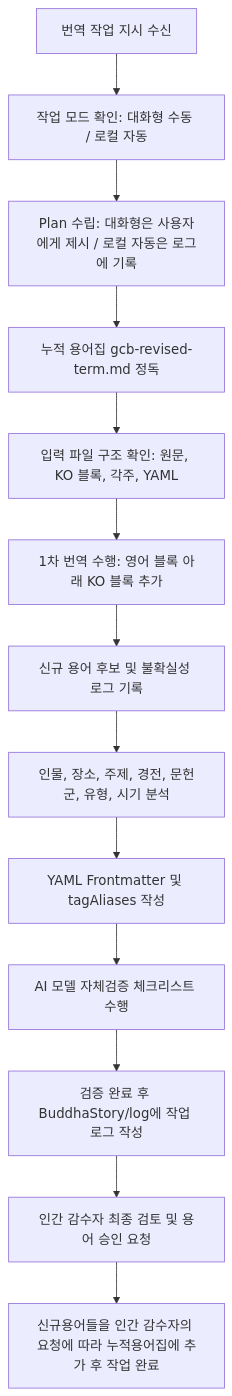
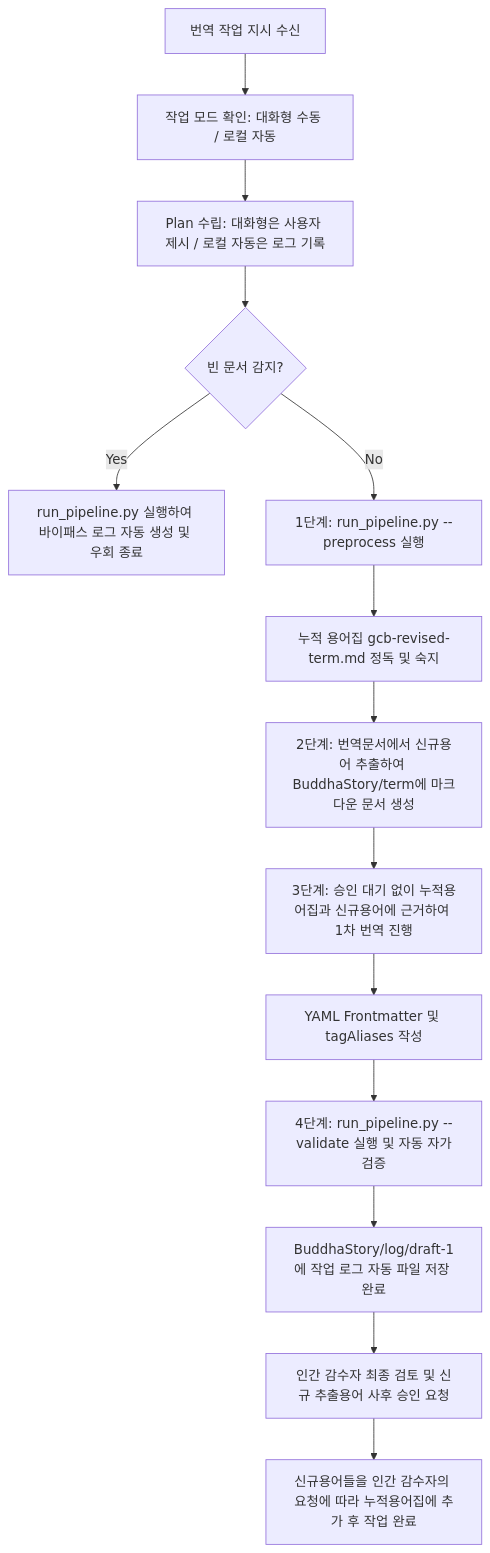
The first of 2 diagrams in ol-project-data/OL-CONTENTS/BuddhaStory/translation-agent-manual.md (biwoom/ol-assets), drawn with Mermaid before and after one commit. The commit also changed other lines of this file and 41 other files, not shown here.

Commit message:
ADD:buddha-story workflow

````diff
--- a/ol-project-data/OL-CONTENTS/BuddhaStory/translation-agent-manual.md
+++ b/ol-project-data/OL-CONTENTS/BuddhaStory/translation-agent-manual.md
@@ -453,15 +485,16 @@
 ```mermaid
 graph TD
     A[번역 작업 지시 수신] --> B[작업 모드 확인: 대화형 수동 / 로컬 자동]
-    B --> C[Plan 수립: 대화형은 사용자에게 제시 / 로컬 자동은 로그에 기록]
-    C --> D[누적 용어집 gcb-revised-term.md 정독]
-    D --> E[입력 파일 구조 확인: 원문, KO 블록, 각주, YAML]
-    E --> F[1차 번역 수행: 영어 블록 아래 KO 블록 추가]
-    F --> G[신규 용어 후보 및 불확실성 로그 기록]
-    G --> H[인물, 장소, 주제, 경전, 문헌군, 유형, 시기 분석]
-    H --> I[YAML Frontmatter 및 tagAliases 작성]
-    I --> J[AI 모델 자체검증 체크리스트 수행]
-    J --> K[검증 완료 후 BuddhaStory/log에 작업 로그 작성]
-    K --> L[인간 감수자 최종 검토 및 용어 승인 요청]
-    L --> M[신규용어들을 인간 감수자의 요청에 따라 누적용어집에 추가 후 작업 완료]
+    B --> C[Plan 수립: 대화형은 사용자 제시 / 로컬 자동은 로그 기록]
+    C --> D{빈 문서 감지?}
+    D -- Yes --> E[run_pipeline.py 실행하여 바이패스 로그 자동 생성 및 우회 종료]
+    D -- No --> F[1단계: run_pipeline.py --preprocess 실행]
+    F --> G[누적 용어집 gcb-revised-term.md 정독 및 숙지]
+    G --> H[2단계: 번역문서에서 신규용어 추출하여 BuddhaStory/term에 마크다운 문서 생성]
+    H --> I[3단계: 승인 대기 없이 누적용어집과 신규용어에 근거하여 1차 번역 진행]
+    I --> J[YAML Frontmatter 및 tagAliases 작성]
+    J --> K[4단계: run_pipeline.py --validate 실행 및 자동 자가검증]
+    K --> L[BuddhaStory/log/draft-1에 작업 로그 자동 파일 저장 완료]
+    L --> M[인간 감수자 최종 검토 및 신규 추출용어 사후 승인 요청]
+    M --> N[신규용어들을 인간 감수자의 요청에 따라 누적용어집에 추가 후 작업 완료]
 ```
````
